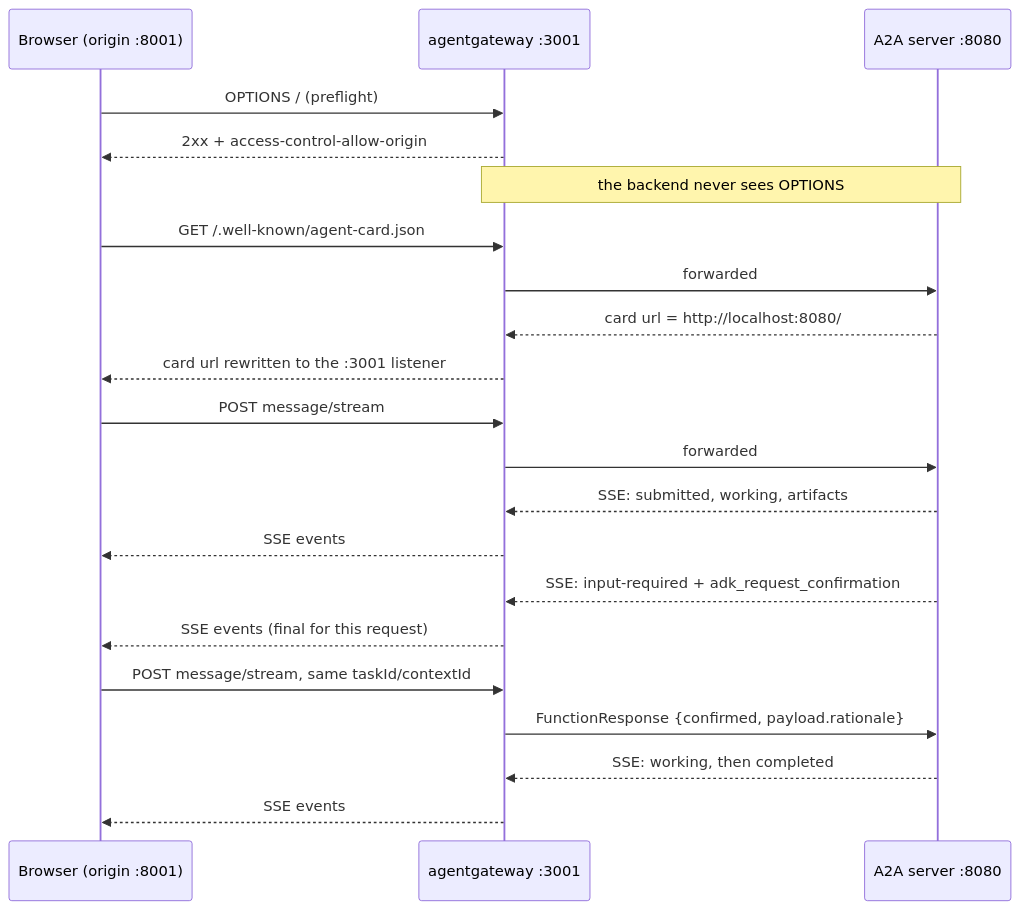
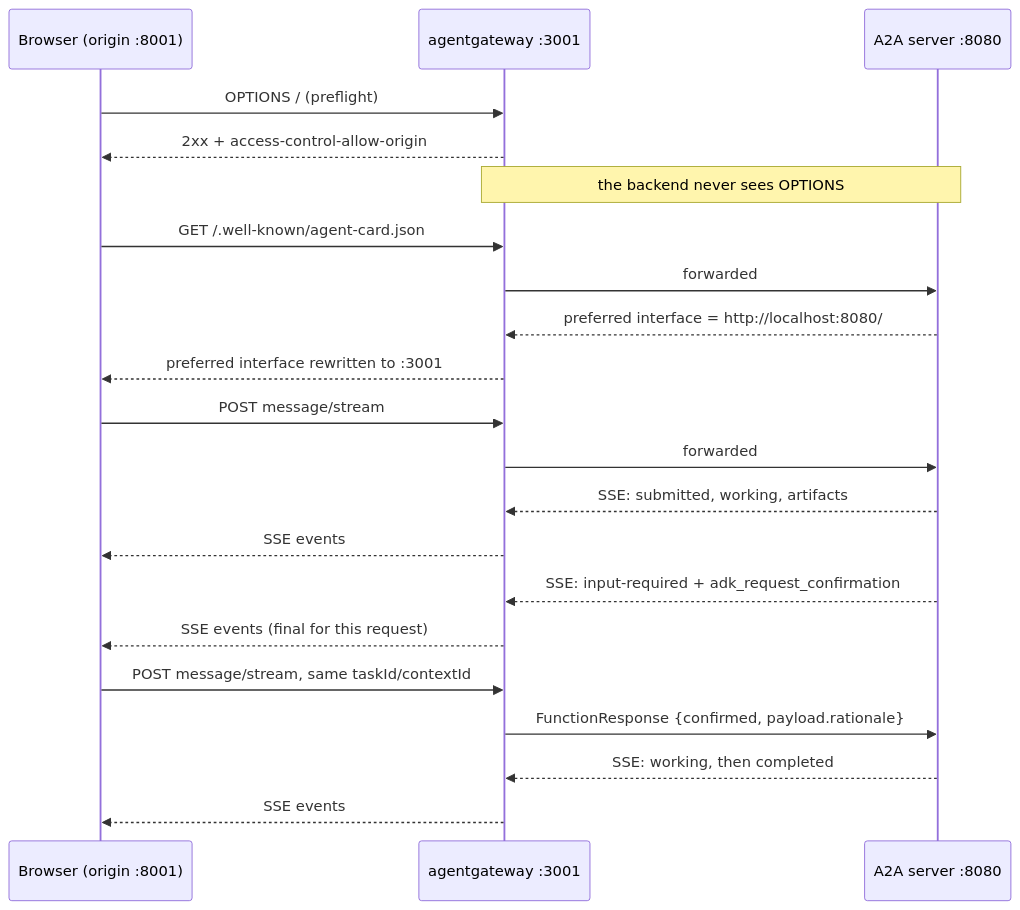
The first of 2 diagrams in docs/5. Gateway/5.3. A2A Gateway.md (LuiGGi629/agentops-open-course), drawn with Mermaid before and after one commit. The commit also changed other lines of this file and 2 other files, not shown here.

First line of the commit message:
fix(ci): validate canonical A2A interface

````diff
--- a/docs/5. Gateway/5.3. A2A Gateway.md
+++ b/docs/5. Gateway/5.3. A2A Gateway.md
@@ -114,23 +114,23 @@
 ```mermaid
 sequenceDiagram
     participant B as Browser (origin :8001)
     participant G as agentgateway :3001
     participant A as A2A server :8080
     B->>G: OPTIONS / (preflight)
     G-->>B: 2xx + access-control-allow-origin
     Note over G,A: the backend never sees OPTIONS
     B->>G: GET /.well-known/agent-card.json
     G->>A: forwarded
-    A-->>G: card url = http://localhost:8080/
-    G-->>B: card url rewritten to the :3001 listener
+    A-->>G: preferred interface = http://localhost:8080/
+    G-->>B: preferred interface rewritten to :3001
     B->>G: POST message/stream
     G->>A: forwarded
     A-->>G: SSE: submitted, working, artifacts
     G-->>B: SSE events
     A-->>G: SSE: input-required + adk_request_confirmation
     G-->>B: SSE events (final for this request)
     B->>G: POST message/stream, same taskId/contextId
     G->>A: FunctionResponse {confirmed, payload.rationale}
     A-->>G: SSE: working, then completed
     G-->>B: SSE events
 ```
````
